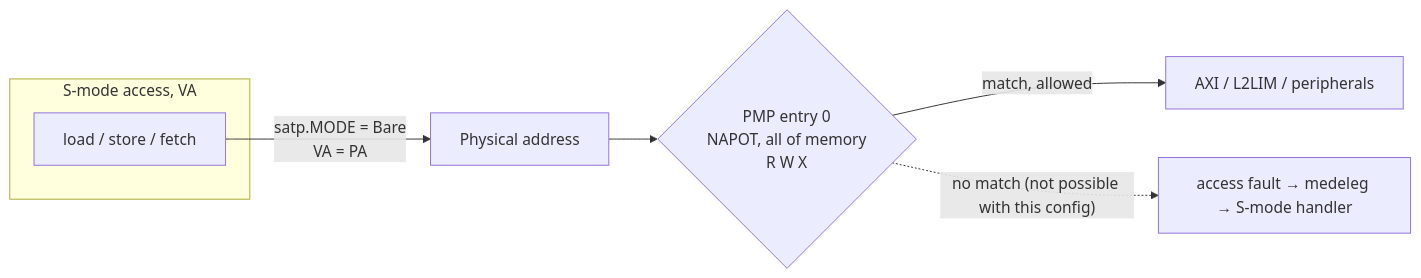
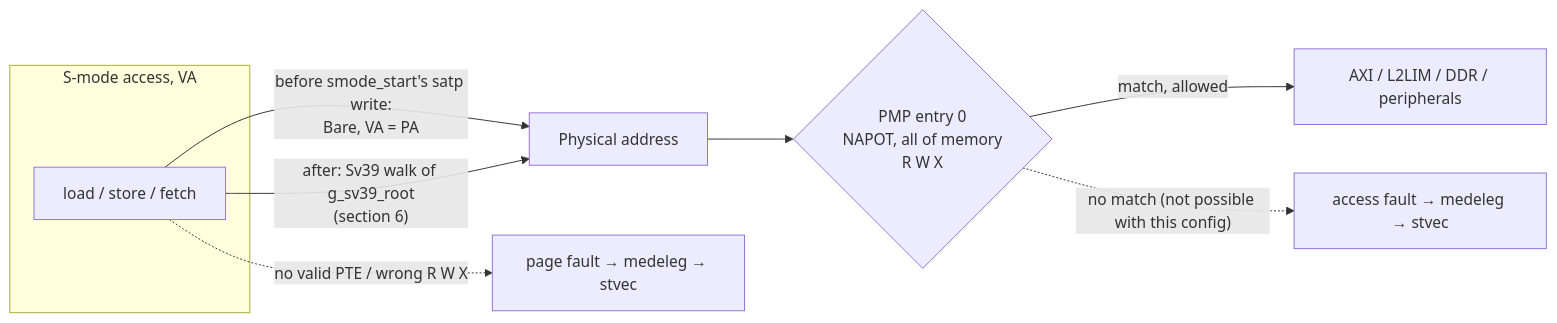
The seventh of 12 diagrams in docs/boot-to-smode.md (InuyashaITB/mpfs-freertos-smode), drawn with Mermaid before and after one commit. The commit also changed other lines of this file, not shown here.

First line of the commit message:
Document the Sv39 bring-up in the boot-flow diagrams

````diff
--- a/docs/boot-to-smode.md
+++ b/docs/boot-to-smode.md
@@ -247,10 +269,12 @@
 ```mermaid
 flowchart LR
     subgraph S ["S-mode access, VA"]
         VA["load / store / fetch"]
     end
-    VA -->|"satp.MODE = Bare<br/>VA = PA"| PA["Physical address"]
+    VA -->|"before smode_start's satp write:<br/>Bare, VA = PA"| PA["Physical address"]
+    VA -->|"after: Sv39 walk of g_sv39_root<br/>(section 6)"| PA
+    VA -.->|"no valid PTE / wrong R W X"| PF["page fault → medeleg → stvec"]
     PA --> PMP{"PMP entry 0<br/>NAPOT, all of memory<br/>R W X"}
-    PMP -->|"match, allowed"| BUS["AXI / L2LIM / peripherals"]
-    PMP -.->|"no match (not possible with this config)"| AF["access fault → medeleg → S-mode handler"]
+    PMP -->|"match, allowed"| BUS["AXI / L2LIM / DDR / peripherals"]
+    PMP -.->|"no match (not possible with this config)"| AF["access fault → medeleg → stvec"]
 ```
````
